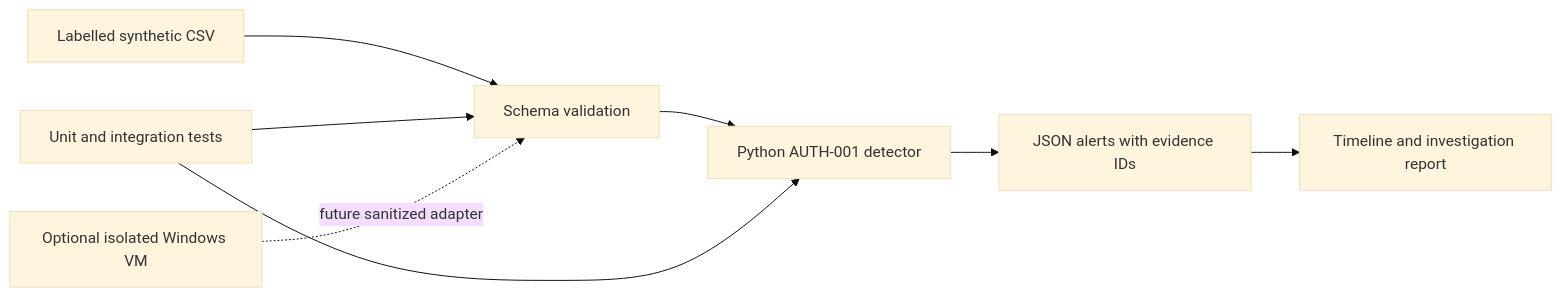
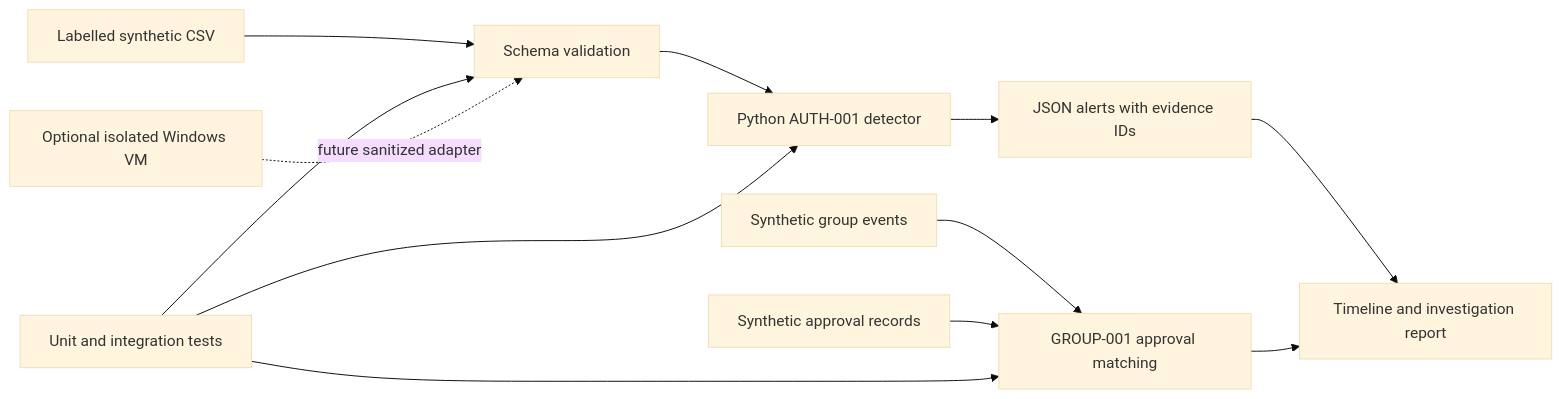
One commit to husseinabdulkader/windows-soc-investigation-lab changed the diagram in README.md. Above: the diagram before and after it, drawn with Mermaid (base theme). The commit also changed other lines of this file and 11 other files, not shown here.

Commit message:
Add administrator group change detection with approval matching

````diff
--- a/README.md
+++ b/README.md
@@ -13,10 +13,14 @@
 ```mermaid
 flowchart LR
     A[Labelled synthetic CSV] --> B[Schema validation]
     B --> C[Python AUTH-001 detector]
     C --> D[JSON alerts with evidence IDs]
     D --> E[Timeline and investigation report]
-    T[Unit and integration tests] --> B
+    G[Synthetic group events] --> H[GROUP-001 approval matching]
+    P[Synthetic approval records] --> H
+    H --> E
+    T[Unit and integration tests] --> H
+    T --> B
     T --> C
     W[Optional isolated Windows VM] -. future sanitized adapter .-> B
 ```
````
